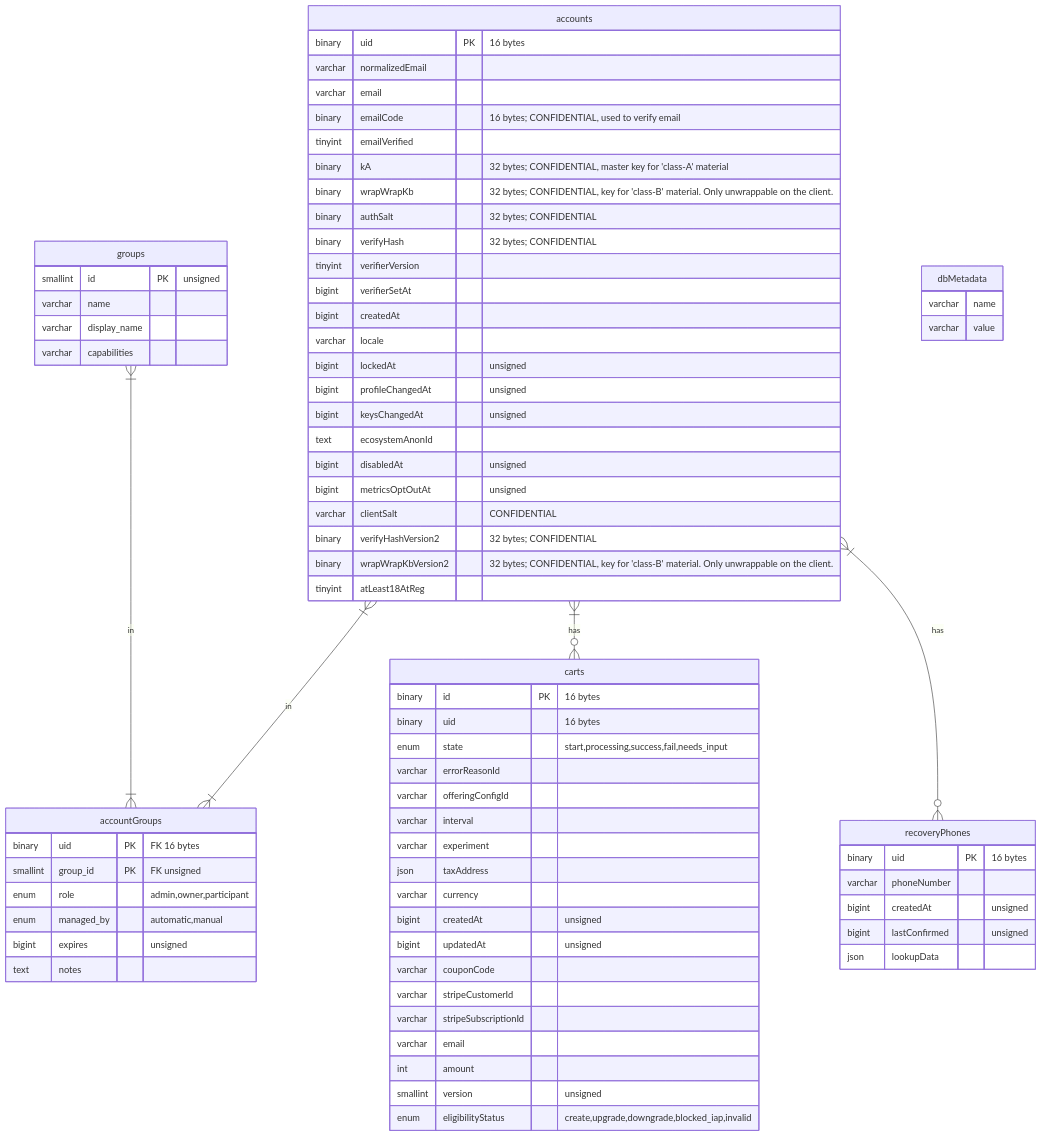
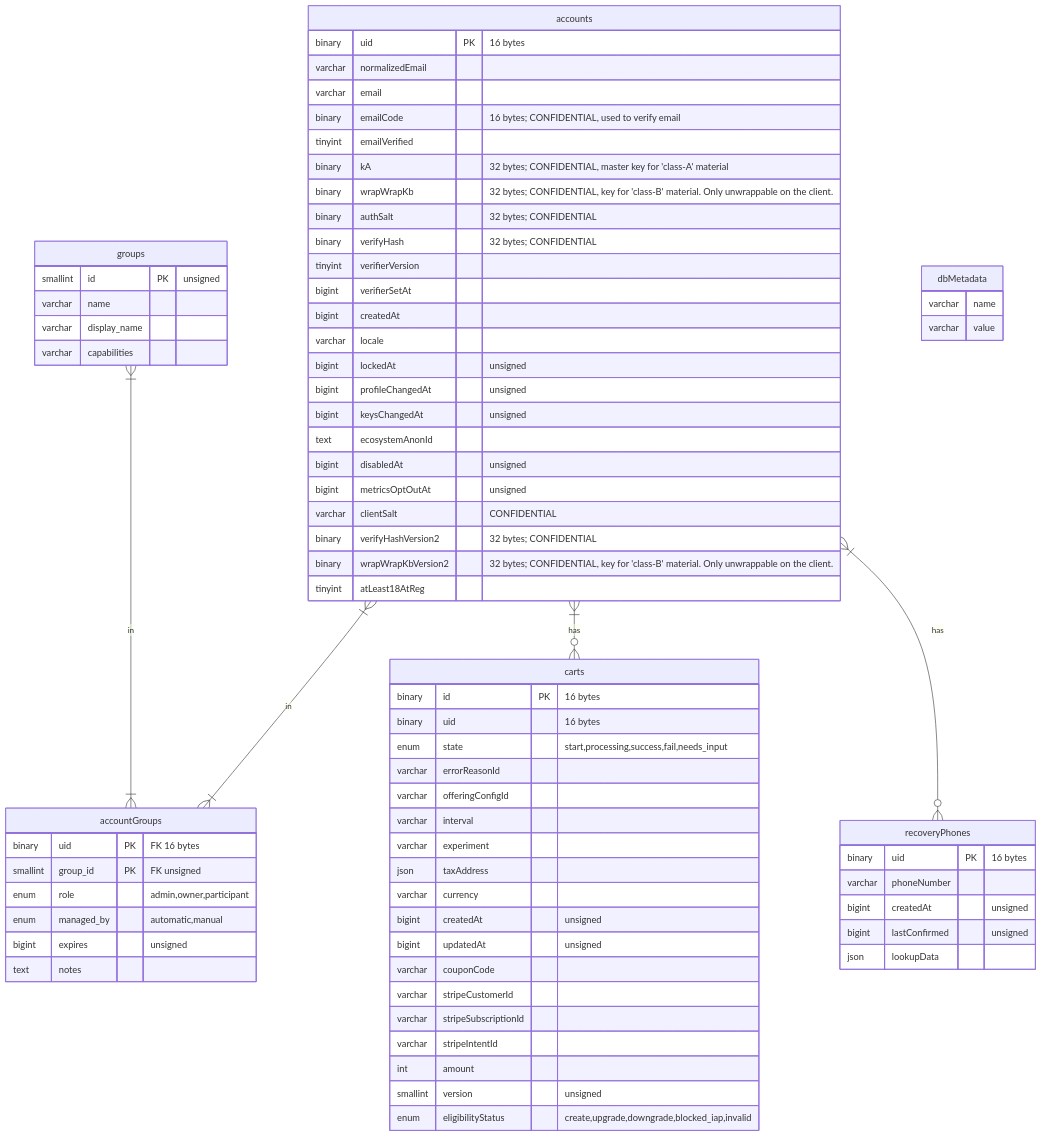
The second of 18 diagrams in docs/reference/database-structure.md (mozilla/ecosystem-platform), drawn with Mermaid before and after one commit. The commit also changed other lines of this file, not shown here.

Commit message:
chore(db): update carts db table fields

````diff
--- a/docs/reference/database-structure.md
+++ b/docs/reference/database-structure.md
@@ -44,77 +44,77 @@
 ```mermaid
 erDiagram
     accounts {
         binary uid PK "16 bytes"
         varchar normalizedEmail
         varchar email
         binary emailCode "16 bytes; CONFIDENTIAL, used to verify email"
         tinyint emailVerified
         binary kA "32 bytes; CONFIDENTIAL, master key for 'class-A' material"
         binary wrapWrapKb "32 bytes; CONFIDENTIAL, key for 'class-B' material. Only unwrappable on the client."
         binary authSalt "32 bytes; CONFIDENTIAL"
         binary verifyHash "32 bytes; CONFIDENTIAL"
         tinyint verifierVersion
         bigint verifierSetAt
         bigint createdAt
         varchar locale
         bigint lockedAt "unsigned"
         bigint profileChangedAt "unsigned"
         bigint keysChangedAt "unsigned"
         text ecosystemAnonId
         bigint disabledAt "unsigned"
         bigint metricsOptOutAt "unsigned"
         varchar clientSalt "CONFIDENTIAL"
         binary verifyHashVersion2 "32 bytes; CONFIDENTIAL"
         binary wrapWrapKbVersion2 "32 bytes; CONFIDENTIAL, key for 'class-B' material. Only unwrappable on the client."
         tinyint atLeast18AtReg
     }
     accounts }|--|{ accountGroups: in
     groups }|--|{ accountGroups: in
     accountGroups {
         binary uid PK "FK 16 bytes"
         smallint group_id PK "FK unsigned"
         enum role "admin,owner,participant"
         enum managed_by "automatic,manual"
         bigint expires "unsigned"
         text notes
     }
     accounts }|--o{ carts: has
     carts {
         binary id PK "16 bytes"
         binary uid "16 bytes"
         enum state "start,processing,success,fail,needs_input"
         varchar errorReasonId
         varchar offeringConfigId
         varchar interval
         varchar experiment
         json taxAddress
         varchar currency
         bigint createdAt "unsigned"
         bigint updatedAt "unsigned"
         varchar couponCode
         varchar stripeCustomerId
         varchar stripeSubscriptionId
-        varchar email
+        varchar stripeIntentId
         int amount
         smallint version "unsigned"
         enum eligibilityStatus "create,upgrade,downgrade,blocked_iap,invalid"
     }
     accounts }|--o{ recoveryPhones: has
     recoveryPhones {
         binary uid PK "16 bytes"
         varchar phoneNumber
         bigint createdAt "unsigned"
         bigint lastConfirmed "unsigned"
         json lookupData
     }
     dbMetadata {
         varchar name
         varchar value
     }
     groups {
         smallint id PK "unsigned"
         varchar name
         varchar display_name
         varchar capabilities
     }
 ```
````
